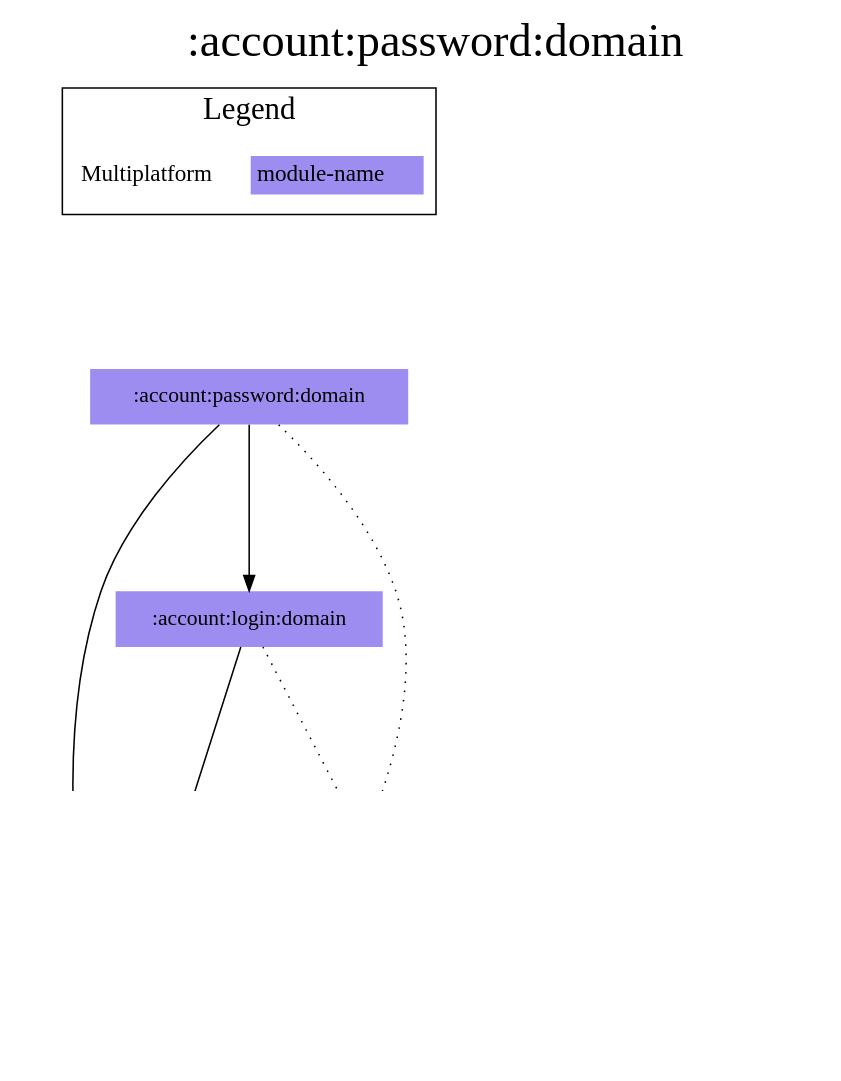
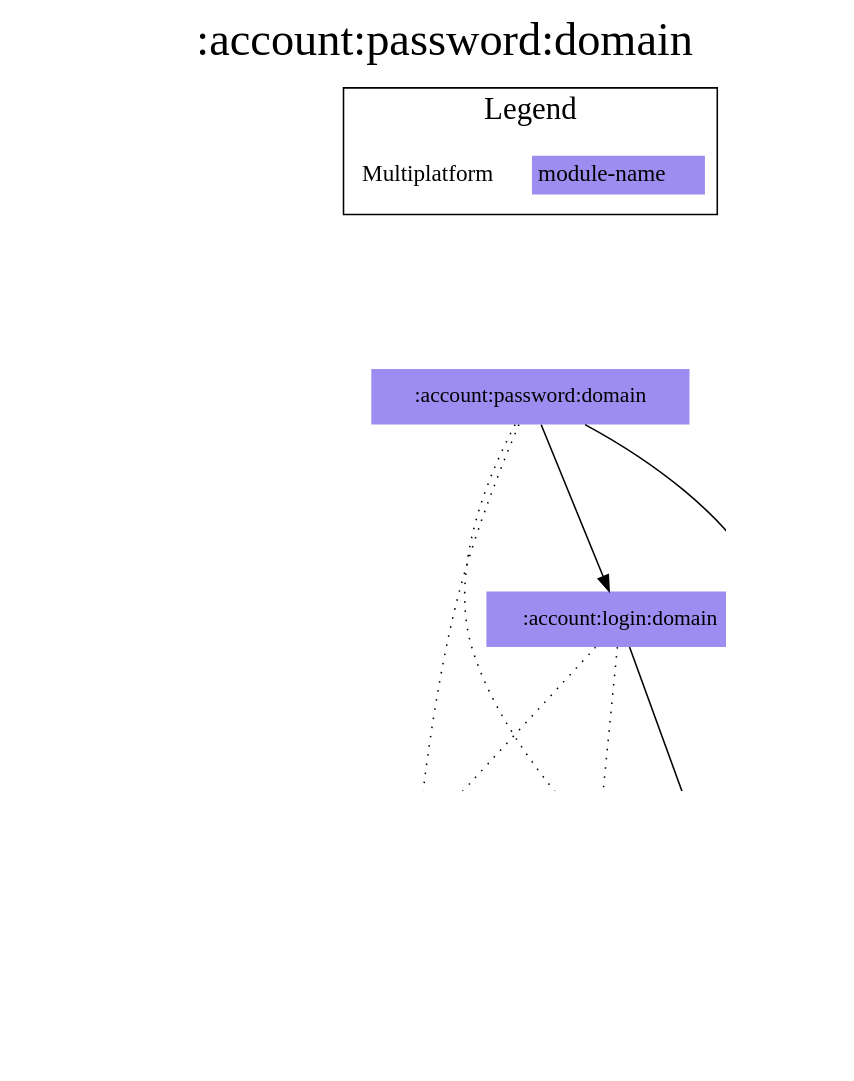
One commit to jonapoul/aktual changed the diagram in modules/account/password/domain/modules.dot. Above: the diagram before and after it, drawn with Graphviz. The commit also changed 152 other files, not shown here.

```diff
--- a/modules/account/password/domain/modules.dot
+++ b/modules/account/password/domain/modules.dot
@@ -1,34 +1,39 @@
 digraph {
 edge ["dir"="forward"]
 graph ["dpi"="100","label"=":account:password:domain","labelloc"="t","fontsize"="30","ranksep"="1.5","rankdir"="TB"]
 node ["style"="filled"]
 ":account:login:domain" ["fillcolor"="#9D8DF1","shape"="none"]
 ":account:model" ["fillcolor"="#9D8DF1","shape"="none"]
 ":account:password:domain" ["fillcolor"="#9D8DF1","shape"="none"]
 ":api:actual" ["fillcolor"="#9D8DF1","shape"="none"]
 ":budget:model" ["fillcolor"="#9D8DF1","shape"="none"]
 ":codegen:annotation" ["fillcolor"="#9D8DF1","shape"="none"]
-":url:model" ["fillcolor"="#9D8DF1","shape"="none"]
+":core:model" ["fillcolor"="#9D8DF1","shape"="none"]
+":prefs" ["fillcolor"="#9D8DF1","shape"="none"]
 {
 edge ["dir"="none"]
 graph ["rank"="same"]
 }
 ":account:login:domain" -> ":account:model"
 ":account:login:domain" -> ":api:actual" ["style"="dotted"]
+":account:login:domain" -> ":prefs" ["style"="dotted"]
 ":account:password:domain" -> ":account:login:domain"
 ":account:password:domain" -> ":account:model"
 ":account:password:domain" -> ":api:actual" ["style"="dotted"]
+":account:password:domain" -> ":prefs" ["style"="dotted"]
 ":api:actual" -> ":account:model"
 ":api:actual" -> ":budget:model"
 ":api:actual" -> ":codegen:annotation" ["style"="dotted"]
-":api:actual" -> ":url:model"
+":api:actual" -> ":core:model"
+":prefs" -> ":account:model"
+":prefs" -> ":core:model"
 subgraph "cluster_legend" {
 edge ["dir"="none"]
 graph ["label"="Legend","fontsize"="20"]
 "Legend" ["style"="filled","fillcolor"="#FFFFFF","shape"="none","margin"="0","fontsize"="15","label"=<
 <TABLE BORDER="0" CELLBORDER="0" CELLSPACING="0" CELLPADDING="4">
 <TR><TD>Multiplatform</TD><TD BGCOLOR="#9D8DF1">module-name</TD></TR>
 </TABLE>
 >]
 } -> ":account:password:domain" ["style"="invis"]
 }
```
